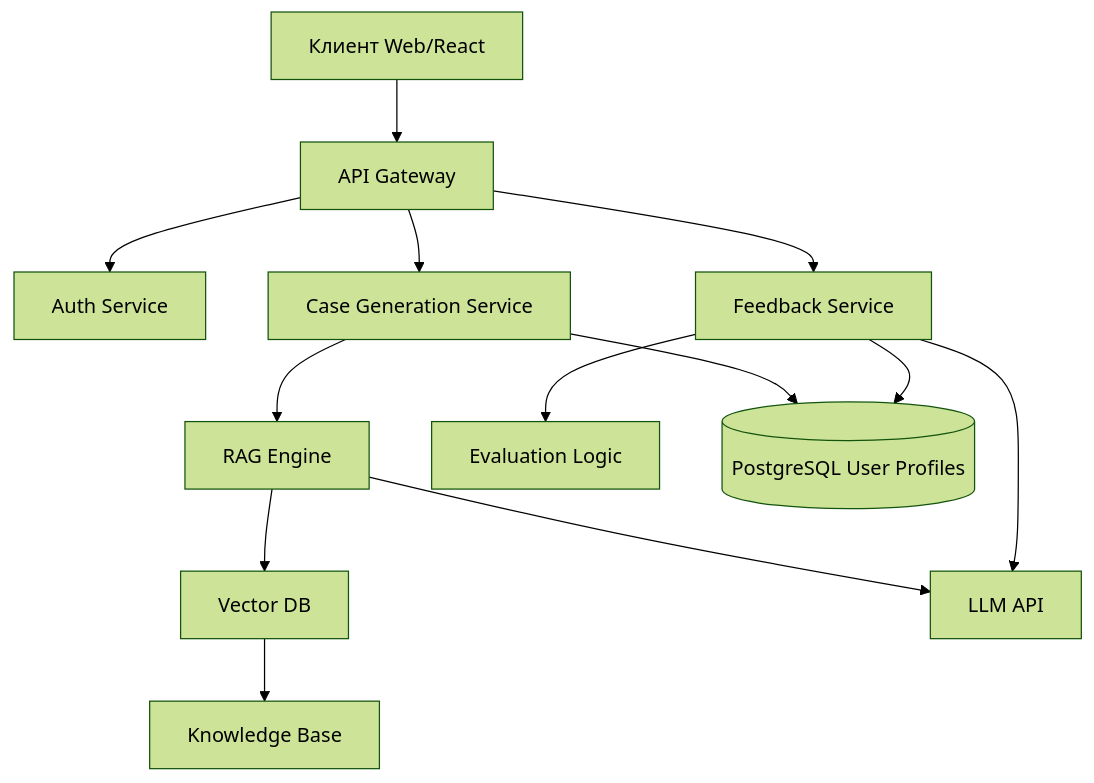
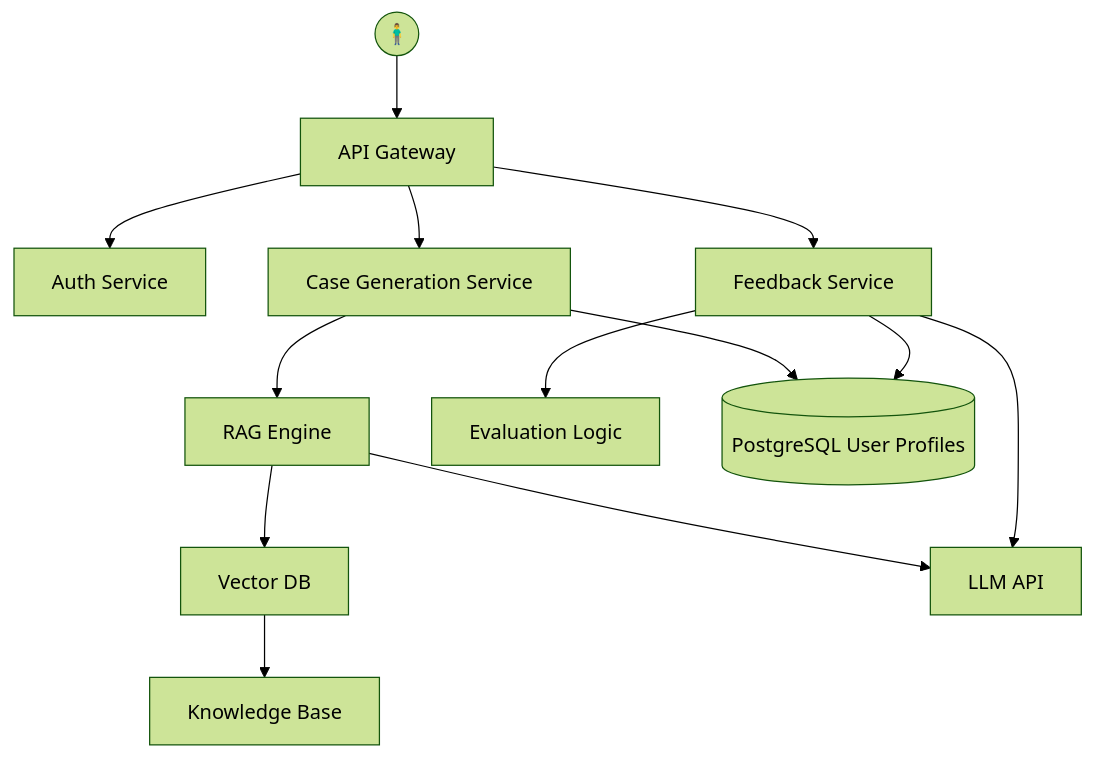
One commit to ananasDDA/fundamentals_of_software_engineering changed the first of 5 diagrams in ПРАКТИЧЕСКАЯ РАБОТА №2.md. Above: the diagram before and after it, drawn with Mermaid (forest theme).

````diff
--- a/ПРАКТИЧЕСКАЯ РАБОТА №2.md
+++ b/ПРАКТИЧЕСКАЯ РАБОТА №2.md
@@ -7,18 +7,18 @@
 ```mermaid
 flowchart TB
-  A[Клиент Web/React] --> B[API Gateway]
+  A((🧍‍♂)) --> B[API Gateway]
   B --> C[Auth Service]
   B --> D[Case Generation Service]
   B --> E[Feedback Service]
 
   D --> F[RAG Engine]
   F --> G[Vector DB]
   F --> H[LLM API]
 
   E --> H
   E --> I[Evaluation Logic]
 
   G --> J[Knowledge Base]
   D --> K[(PostgreSQL User Profiles)]
   E --> K
 ```
````
